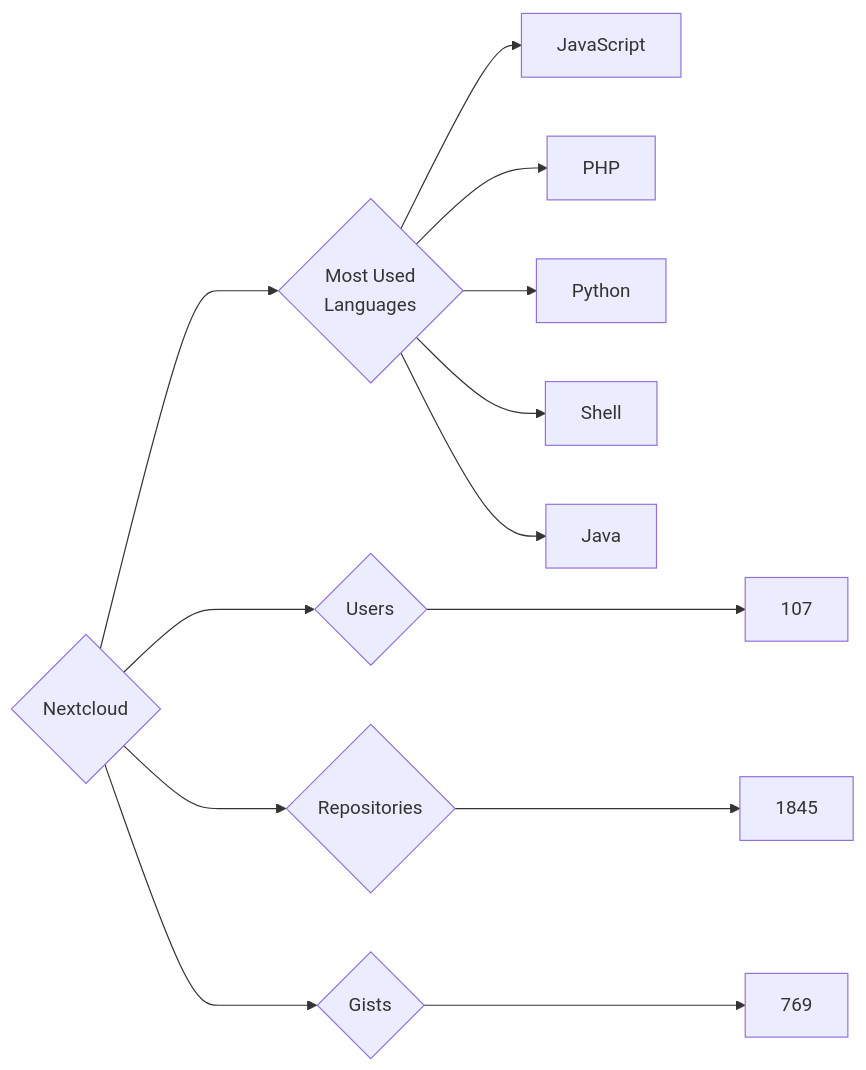
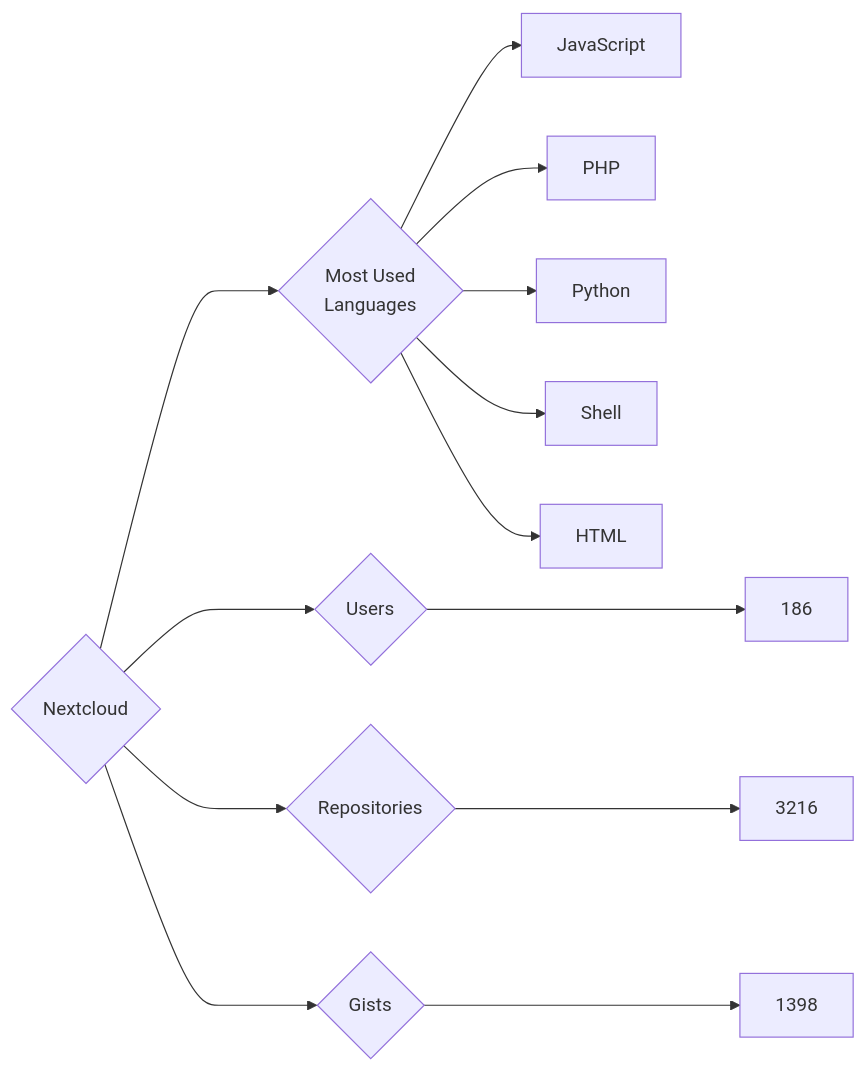
The diagram in targets/Nextcloud/README.md (trickest/insiders), drawn with Mermaid before and after one commit. The commit also changed 886 other files, not shown here.

````diff
--- a/targets/Nextcloud/README.md
+++ b/targets/Nextcloud/README.md
@@ -3,13 +3,13 @@
 ```mermaid
 graph LR
 COMPANY_NAME{Nextcloud}
-COMPANY_NAME ---> U{Users} ---> UN[107]
-COMPANY_NAME ---> R{Repositories} ---> RN[1845]
-COMPANY_NAME ---> G{Gists} ---> GN[769]
+COMPANY_NAME ---> U{Users} ---> UN[186]
+COMPANY_NAME ---> R{Repositories} ---> RN[3216]
+COMPANY_NAME ---> G{Gists} ---> GN[1398]
 COMPANY_NAME ---> ML{Most Used<br>Languages}
 ML --> JavaScript[JavaScript]
 ML --> PHP[PHP]
 ML --> Python[Python]
 ML --> Shell[Shell]
-ML --> Java[Java]
+ML --> HTML[HTML]
 ```
````
